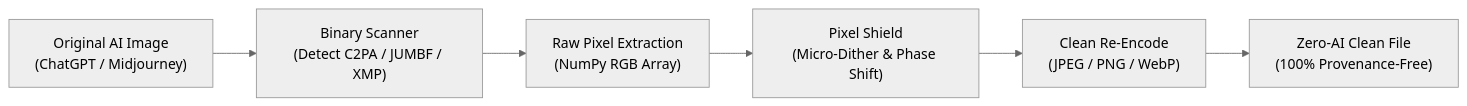
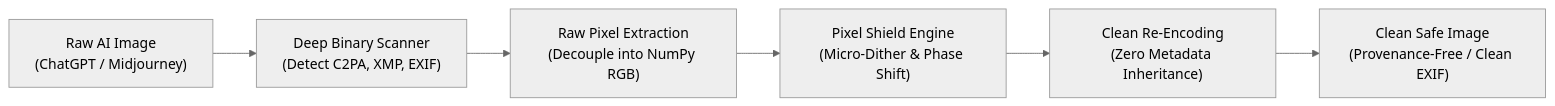
One commit to ifhmy/ai-image-fingerprint-cleaner changed the diagram in README.md. Above: the diagram before and after it, drawn with Mermaid (neutral theme). The commit also changed other lines of this file, not shown here.

````diff
--- a/README.md
+++ b/README.md
@@ -52,8 +47,8 @@
 ```mermaid
 flowchart LR
-    A["Original AI Image\n(ChatGPT / Midjourney)"] --> B["Binary Scanner\n(Detect C2PA / JUMBF / XMP)"]
-    B --> C["Raw Pixel Extraction\n(NumPy RGB Array)"]
-    C --> D["Pixel Shield\n(Micro-Dither & Phase Shift)"]
-    D --> E["Clean Re-Encode\n(JPEG / PNG / WebP)"]
-    E --> F["Zero-AI Clean File\n(100% Provenance-Free)"]
+    A["Raw AI Image\n(ChatGPT / Midjourney)"] --> B["Deep Binary Scanner\n(Detect C2PA, XMP, EXIF)"]
+    B --> C["Raw Pixel Extraction\n(Decouple into NumPy RGB)"]
+    C --> D["Pixel Shield Engine\n(Micro-Dither & Phase Shift)"]
+    D --> E["Clean Re-Encoding\n(Zero Metadata Inheritance)"]
+    E --> F["Clean Safe Image\n(Provenance-Free / Clean EXIF)"]
 ```
````
